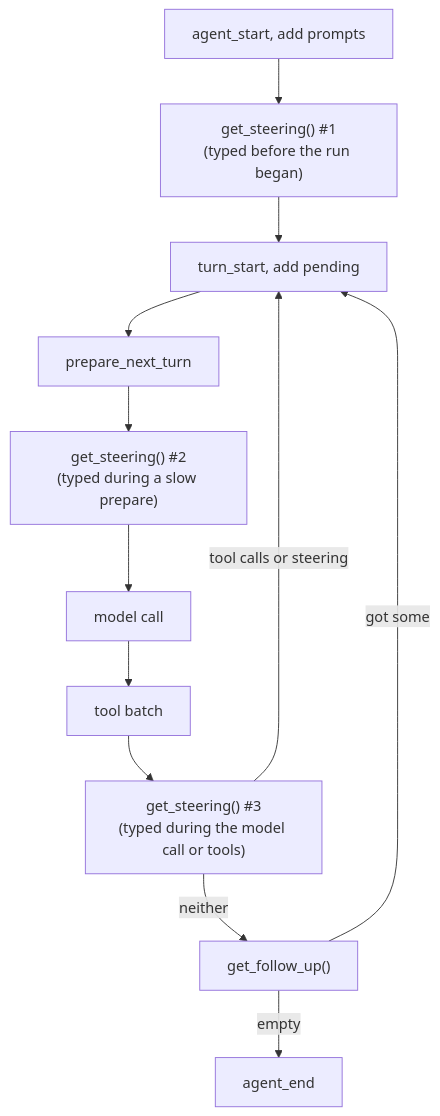
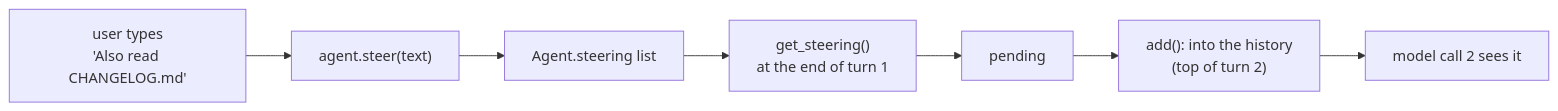
Before and after one commit to danhugo/simp-agent: the third of 3 diagrams in docs/guidebook/07-steering.md, drawn with Mermaid. The commit also changed other lines of this file and 3 other files, not shown here.

````diff
--- a/docs/guidebook/07-steering.md
+++ b/docs/guidebook/07-steering.md
@@ -127,14 +155,9 @@
 ```mermaid
-flowchart TD
-    A[agent_start, add prompts] --> S1["get_steering() #1<br/>(typed before the run began)"]
-    S1 --> T[turn_start, add pending]
-    T --> P[prepare_next_turn]
-    P --> S2["get_steering() #2<br/>(typed during a slow prepare)"]
-    S2 --> M[model call]
-    M --> B[tool batch]
-    B --> S3["get_steering() #3<br/>(typed during the model call or tools)"]
-    S3 -->|tool calls or steering| T
-    S3 -->|neither| F["get_follow_up()"]
-    F -->|got some| T
-    F -->|empty| E[agent_end]
+flowchart LR
+    U["user types<br/>'Also read CHANGELOG.md'"] --> S["agent.steer(text)"]
+    S --> L["Agent.steering list"]
+    L --> G["get_steering()<br/>at the end of turn 1"]
+    G --> P["pending"]
+    P --> H["add(): into the history<br/>(top of turn 2)"]
+    H --> M["model call 2 sees it"]
 ```
````
